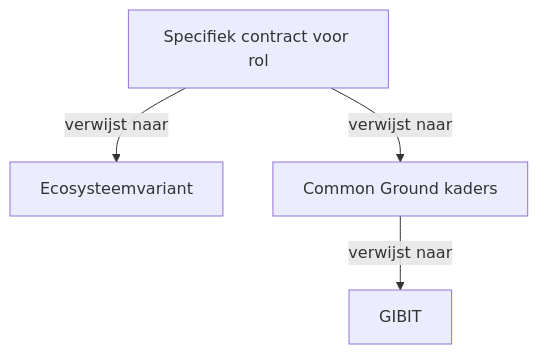
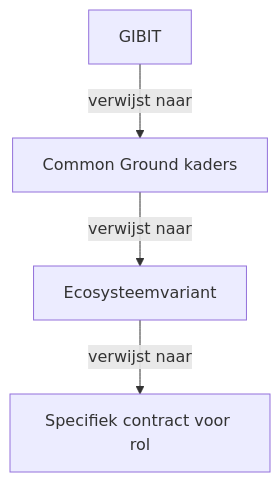
Before and after one commit to open-zaak/samenwerken: the diagram in resultaten/inkoop-richtlijnen.md, drawn with Mermaid. The commit also changed other lines of this file, not shown here.

Commit message:
updates for readability

````diff
--- a/resultaten/inkoop-richtlijnen.md
+++ b/resultaten/inkoop-richtlijnen.md
@@ -25,6 +27,6 @@
 ```mermaid
 flowchart TB
-    D[Specifiek contract voor rol] -->|verwijst naar| C[Ecosysteemvariant]
-    D -->|verwijst naar| B[Common Ground kaders]
-    B -->|verwijst naar| A[GIBIT]
+    A[GIBIT] -->|verwijst naar| B[Common Ground kaders]
+    B -->|verwijst naar| C[Ecosysteemvariant]
+    C -->|verwijst naar| D[Specifiek contract voor rol]  
 ```
````
